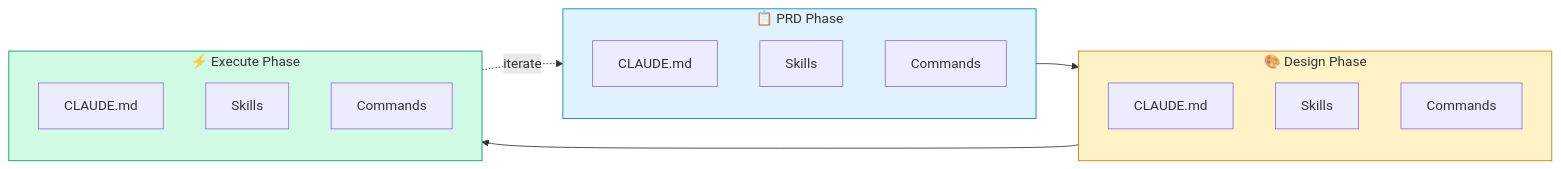
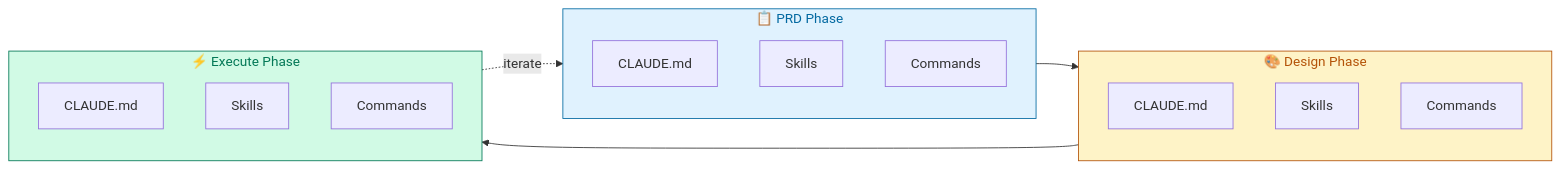
The first of 4 diagrams in docs/ARCHITECTURE.md (cliangdev/specflux), drawn with Mermaid before and after one commit. The commit also changed other lines of this file and 1 other file, not shown here.

First line of the commit message:
docs: use darker colors for diagram titles

````diff
--- a/docs/ARCHITECTURE.md
+++ b/docs/ARCHITECTURE.md
@@ -9,27 +9,27 @@
 ```mermaid
 flowchart LR
     subgraph PRD ["📋 PRD Phase"]
         P1[CLAUDE.md]
         P2[Skills]
         P3[Commands]
     end
 
     subgraph Design ["🎨 Design Phase"]
         D1[CLAUDE.md]
         D2[Skills]
         D3[Commands]
     end
 
     subgraph Execute ["⚡ Execute Phase"]
         E1[CLAUDE.md]
         E2[Skills]
         E3[Commands]
     end
 
     PRD --> Design --> Execute
     Execute -.->|iterate| PRD
 
-    style PRD fill:#e0f2fe,stroke:#0284c7
-    style Design fill:#fef3c7,stroke:#d97706
-    style Execute fill:#d1fae5,stroke:#059669
+    style PRD fill:#e0f2fe,stroke:#0369a1,color:#0369a1
+    style Design fill:#fef3c7,stroke:#b45309,color:#b45309
+    style Execute fill:#d1fae5,stroke:#047857,color:#047857
 ```
````
